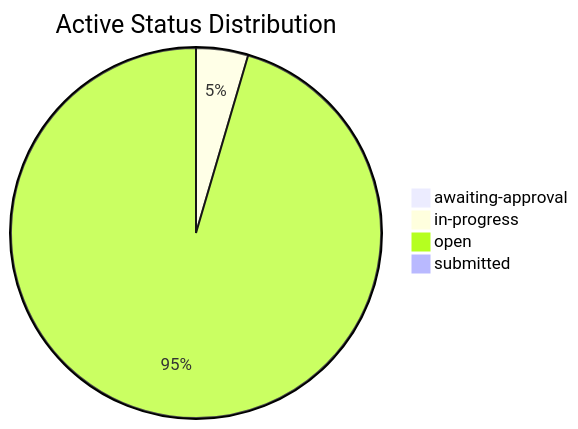
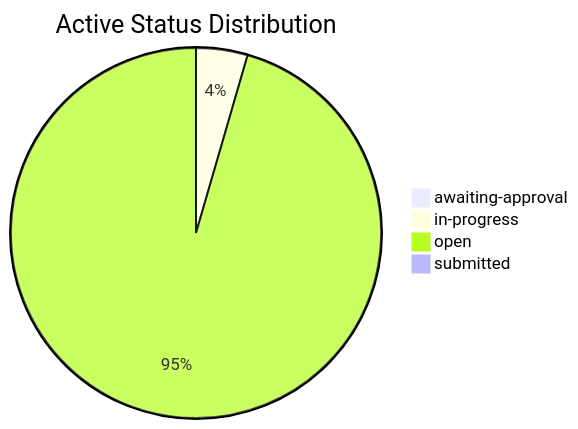
One commit to mgosal/5et.uk changed the second of 3 diagrams in dashboard.md. Above: the diagram before and after it, drawn with Mermaid. The commit also changed other lines of this file and 6 other files, not shown here.

````diff
--- a/dashboard.md
+++ b/dashboard.md
@@ -633,7 +636,7 @@
 ```mermaid
 pie title Active Status Distribution
     "awaiting-approval" : 1
     "in-progress" : 13
-    "open" : 273
+    "open" : 276
     "submitted" : 1
 ```
````
